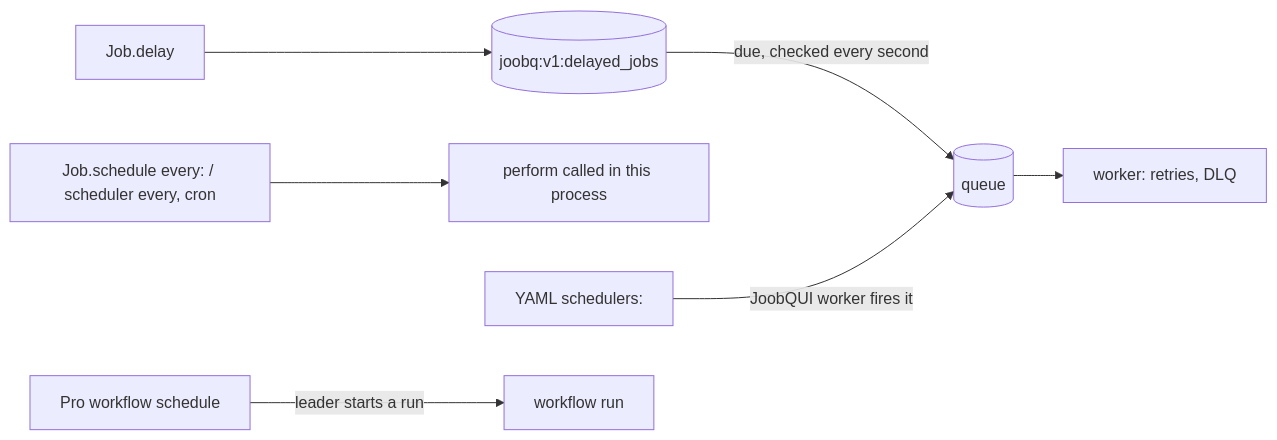
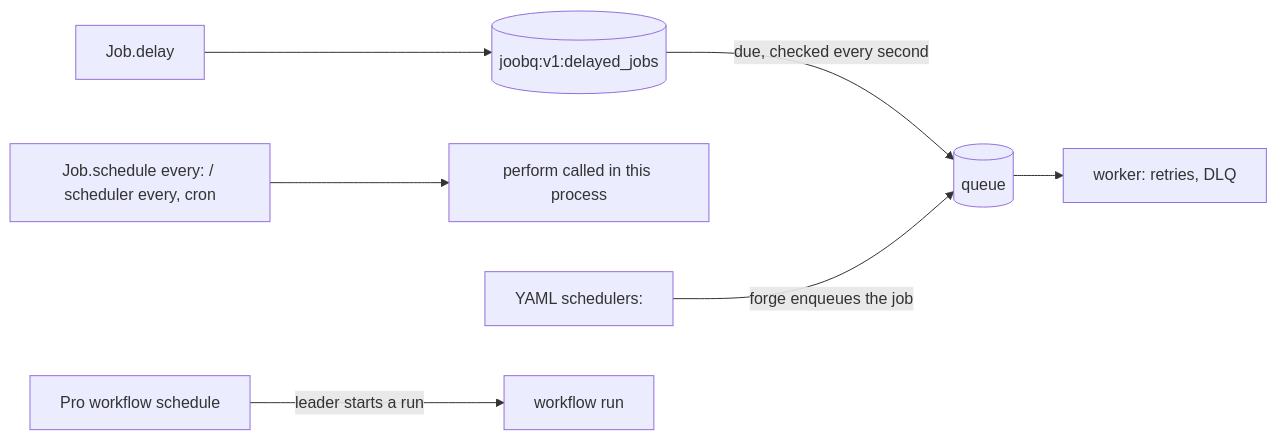
One commit to azutoolkit/joobq changed the diagram in docs/explanation/delayed-and-recurring-jobs.md. Above: the diagram before and after it, drawn with Mermaid. The commit also changed other lines of this file and 21 other files, not shown here.

````diff
--- a/docs/explanation/delayed-and-recurring-jobs.md
+++ b/docs/explanation/delayed-and-recurring-jobs.md
@@ -19,7 +19,7 @@
 ```mermaid
 flowchart LR
   D[Job.delay] --> Set[(joobq:v1:delayed_jobs)] -->|due, checked every second| Q[(queue)] --> W[worker: retries, DLQ]
   E[Job.schedule every: / scheduler every, cron] --> P[perform called in this process]
-  Y[YAML schedulers:] -->|JoobQUI worker fires it| Q
+  Y[YAML schedulers:] -->|forge enqueues the job| Q
   S[Pro workflow schedule] -->|leader starts a run| WF[workflow run]
 ```
````
